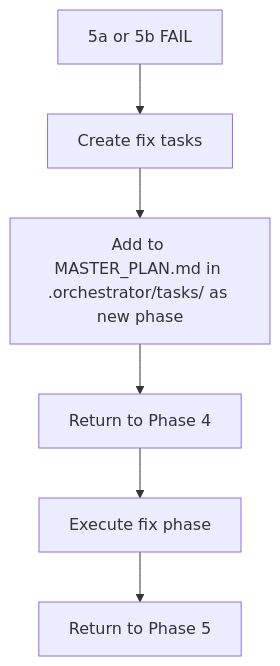
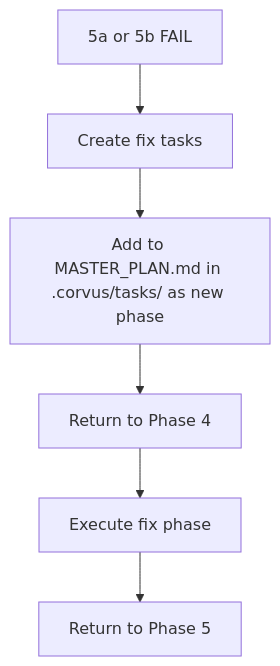
One commit to NachoFLizaur/corvus changed the sixth of 6 diagrams in docs/CORVUS-STATE-MACHINE.md. Above: the diagram before and after it, drawn with Mermaid. The commit also changed other lines of this file and 17 other files, not shown here.

First line of the commit message:
rename: update orchestrator → Corvus references in agents, skills, and docs

````diff
--- a/docs/CORVUS-STATE-MACHINE.md
+++ b/docs/CORVUS-STATE-MACHINE.md
@@ -550,8 +550,8 @@
 ```mermaid
 flowchart TD
     A[5a or 5b FAIL] --> B[Create fix tasks]
-    B --> C[Add to MASTER_PLAN.md in .orchestrator/tasks/ as new phase]
+    B --> C[Add to MASTER_PLAN.md in .corvus/tasks/ as new phase]
     C --> D[Return to Phase 4]
     D --> E[Execute fix phase]
     E --> F[Return to Phase 5]
 ```
````
